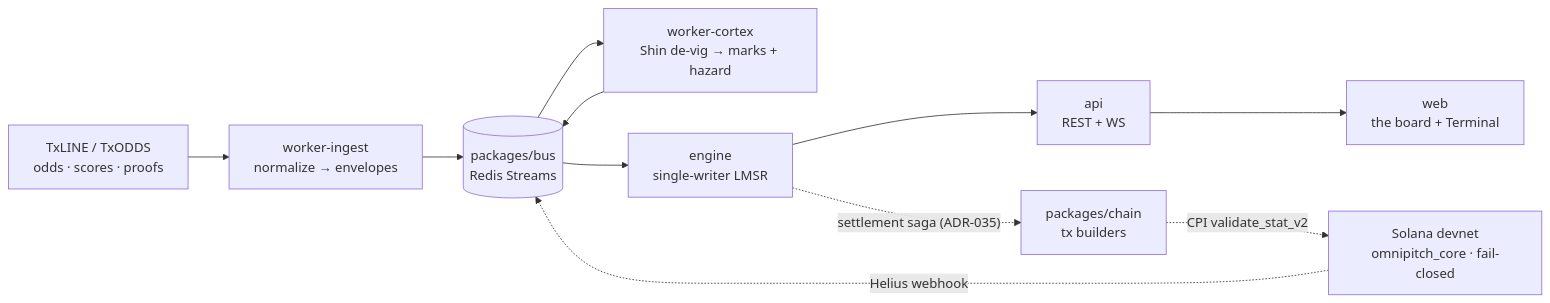
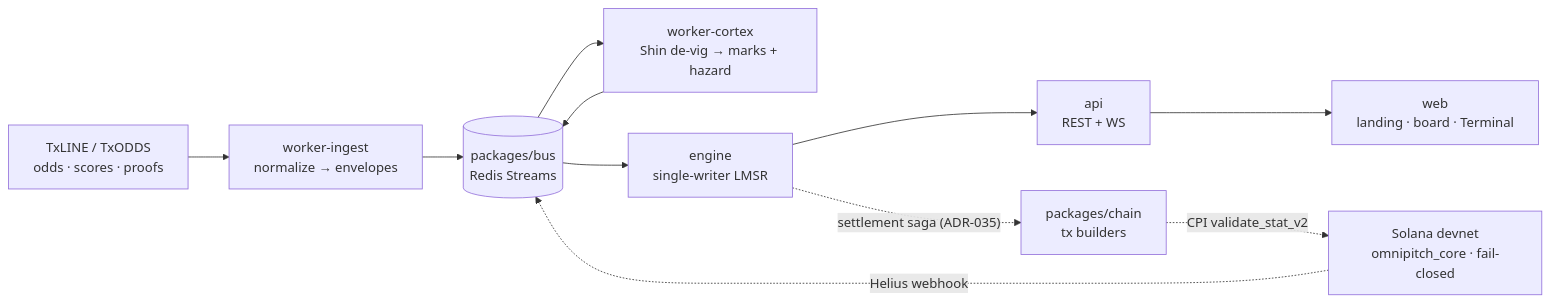
The third of 3 diagrams in README.md (Sushant6095/ninety), drawn with Mermaid before and after one commit. The commit also changed other lines of this file and 12 other files, not shown here.

````diff
--- a/README.md
+++ b/README.md
@@ -166,13 +168,13 @@
 ```mermaid
 flowchart LR
   TX["TxLINE / TxODDS<br/>odds · scores · proofs"] --> ING["worker-ingest<br/>normalize → envelopes"]
   ING --> BUS[("packages/bus<br/>Redis Streams")]
   BUS --> COR["worker-cortex<br/>Shin de-vig → marks + hazard"]
   COR --> BUS
   BUS --> ENG["engine<br/>single-writer LMSR"]
   ENG --> API["api<br/>REST + WS"]
-  API --> WEB["web<br/>the board + Terminal"]
+  API --> WEB["web<br/>landing · board · Terminal"]
   ENG -. "settlement saga (ADR-035)" .-> CHAIN["packages/chain<br/>tx builders"]
   CHAIN -. "CPI validate_stat_v2" .-> SOL["Solana devnet<br/>omnipitch_core · fail-closed"]
   SOL -. "Helius webhook" .-> BUS
 ```
````
